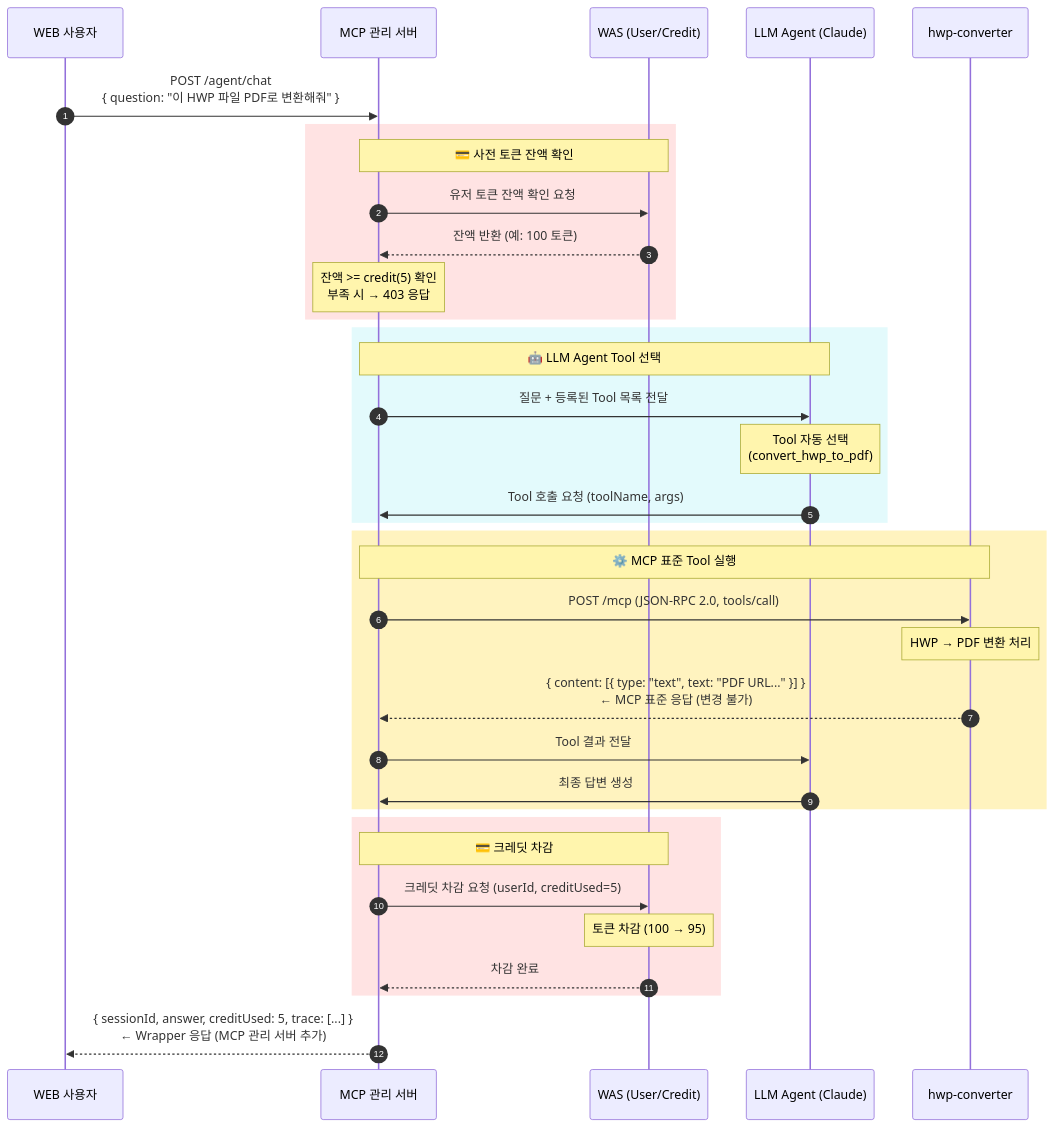
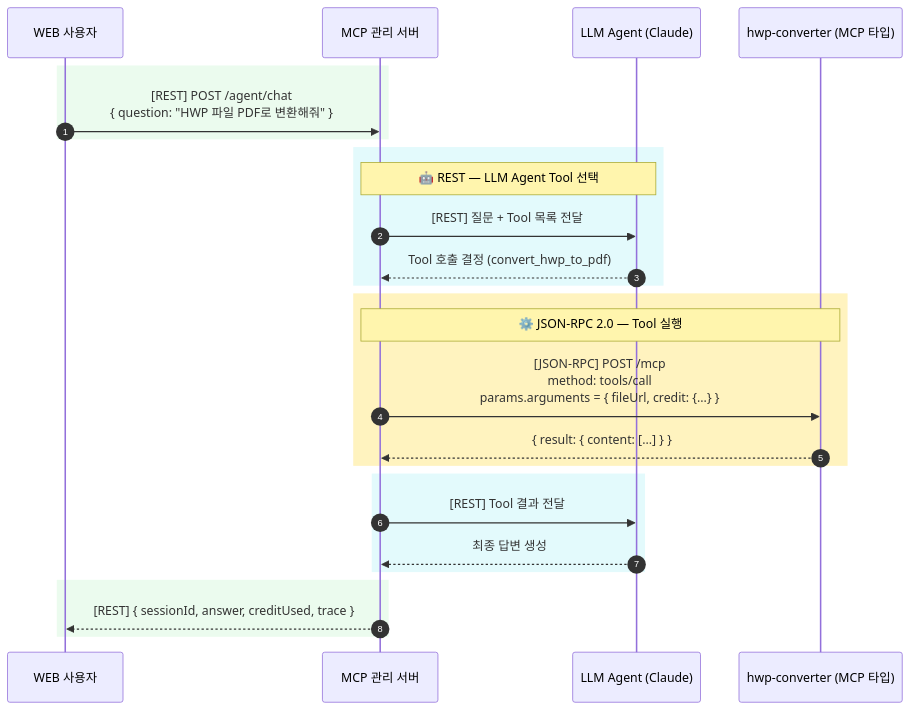
Before and after one commit to theo-s-park/POC_MCP_Ochestrator: the second of 3 diagrams in docs/img/sequence-diagram.md, drawn with Mermaid. The commit also changed other lines of this file, not shown here.

First line of the commit message:
docs: 시퀀스 다이어그램 REST/JSON-RPC 시각적 구분 강화

````diff
--- a/docs/img/sequence-diagram.md
+++ b/docs/img/sequence-diagram.md
@@ -63,43 +69,33 @@
 ```mermaid
 sequenceDiagram
     autonumber
     participant WEB as WEB 사용자
     participant MCP as MCP 관리 서버
-    participant WAS as WAS (User/Credit)
     participant LLM as LLM Agent (Claude)
-    participant HWP as hwp-converter
+    participant HWP as hwp-converter (MCP 타입)
 
-    WEB->>MCP: POST /agent/chat<br/>{ question: "이 HWP 파일 PDF로 변환해줘" }
-
-    rect rgb(255, 227, 227)
-        note over MCP,WAS: 💳 사전 토큰 잔액 확인
-        MCP->>WAS: 유저 토큰 잔액 확인 요청
-        WAS-->>MCP: 잔액 반환 (예: 100 토큰)
-        note over MCP: 잔액 >= credit(5) 확인<br/>부족 시 → 403 응답
+    rect rgb(235, 251, 238)
+        WEB->>MCP: [REST] POST /agent/chat<br/>{ question: "HWP 파일 PDF로 변환해줘" }
     end
 
     rect rgb(227, 250, 252)
-        note over MCP,LLM: 🤖 LLM Agent Tool 선택
-        MCP->>LLM: 질문 + 등록된 Tool 목록 전달
-        note over LLM: Tool 자동 선택<br/>(convert_hwp_to_pdf)
-        LLM->>MCP: Tool 호출 요청 (toolName, args)
+        note over MCP,LLM: 🤖 REST — LLM Agent Tool 선택
+        MCP->>LLM: [REST] 질문 + Tool 목록 전달
+        LLM-->>MCP: Tool 호출 결정 (convert_hwp_to_pdf)
     end
 
     rect rgb(255, 243, 191)
-        note over MCP,HWP: ⚙️ MCP 표준 Tool 실행
-        MCP->>HWP: POST /mcp (JSON-RPC 2.0, tools/call)
-        note over HWP: HWP → PDF 변환 처리
-        HWP-->>MCP: { content: [{ type: "text", text: "PDF URL..." }] }<br/>← MCP 표준 응답 (변경 불가)
-        MCP->>LLM: Tool 결과 전달
-        LLM->>MCP: 최종 답변 생성
+        note over MCP,HWP: ⚙️ JSON-RPC 2.0 — Tool 실행
+        MCP->>HWP: [JSON-RPC] POST /mcp<br/>method: tools/call<br/>params.arguments = { fileUrl, credit: {...} }
+        HWP-->>MCP: { result: { content: [...] } }
     end
 
-    rect rgb(255, 227, 227)
-        note over MCP,WAS: 💳 크레딧 차감
-        MCP->>WAS: 크레딧 차감 요청 (userId, creditUsed=5)
-        note over WAS: 토큰 차감 (100 → 95)
-        WAS-->>MCP: 차감 완료
+    rect rgb(227, 250, 252)
+        MCP->>LLM: [REST] Tool 결과 전달
+        LLM-->>MCP: 최종 답변 생성
     end
 
-    MCP-->>WEB: { sessionId, answer, creditUsed: 5, trace: [...] }<br/>← Wrapper 응답 (MCP 관리 서버 추가)
+    rect rgb(235, 251, 238)
+        MCP-->>WEB: [REST] { sessionId, answer, creditUsed, trace }
+    end
 ```
````
